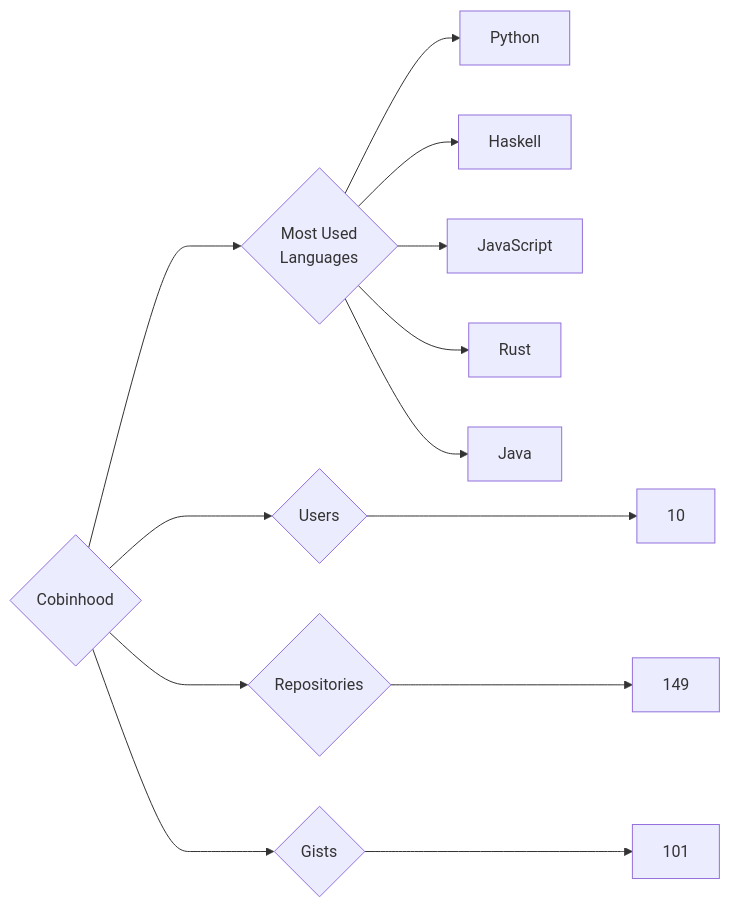
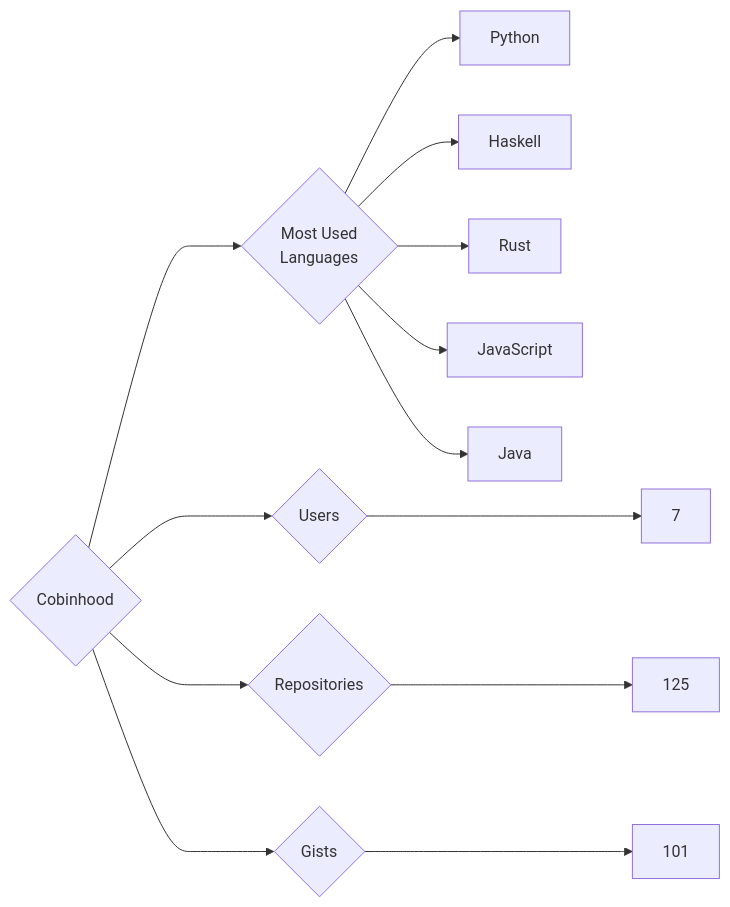
The diagram in targets/Cobinhood/README.md (trickest/insiders), drawn with Mermaid before and after one commit. The commit also changed 938 other files, not shown here.

````diff
--- a/targets/Cobinhood/README.md
+++ b/targets/Cobinhood/README.md
@@ -3,13 +3,13 @@
 ```mermaid
 graph LR
 COMPANY_NAME{Cobinhood}
-COMPANY_NAME ---> U{Users} ---> UN[10]
-COMPANY_NAME ---> R{Repositories} ---> RN[149]
+COMPANY_NAME ---> U{Users} ---> UN[7]
+COMPANY_NAME ---> R{Repositories} ---> RN[125]
 COMPANY_NAME ---> G{Gists} ---> GN[101]
 COMPANY_NAME ---> ML{Most Used<br>Languages}
 ML --> Python[Python]
 ML --> Haskell[Haskell]
+ML --> Rust[Rust]
 ML --> JavaScript[JavaScript]
-ML --> Rust[Rust]
 ML --> Java[Java]
 ```
````
